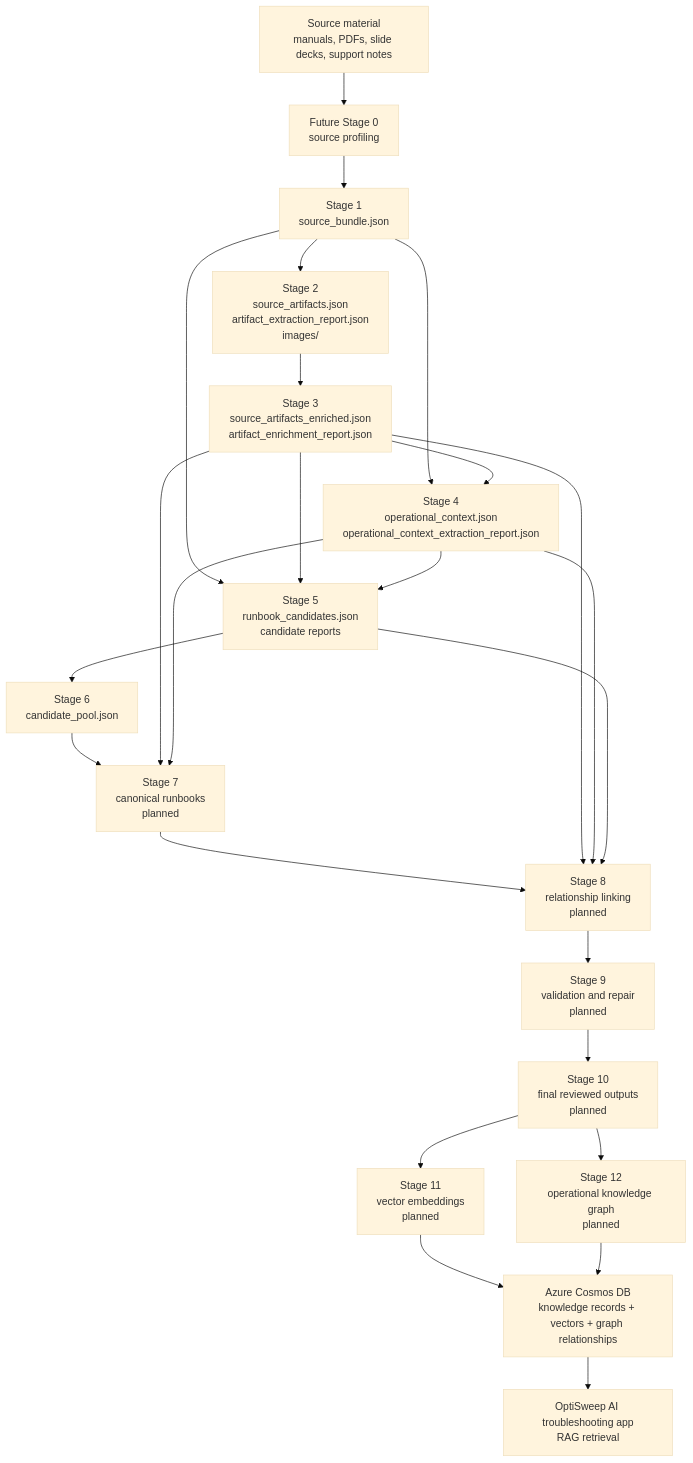
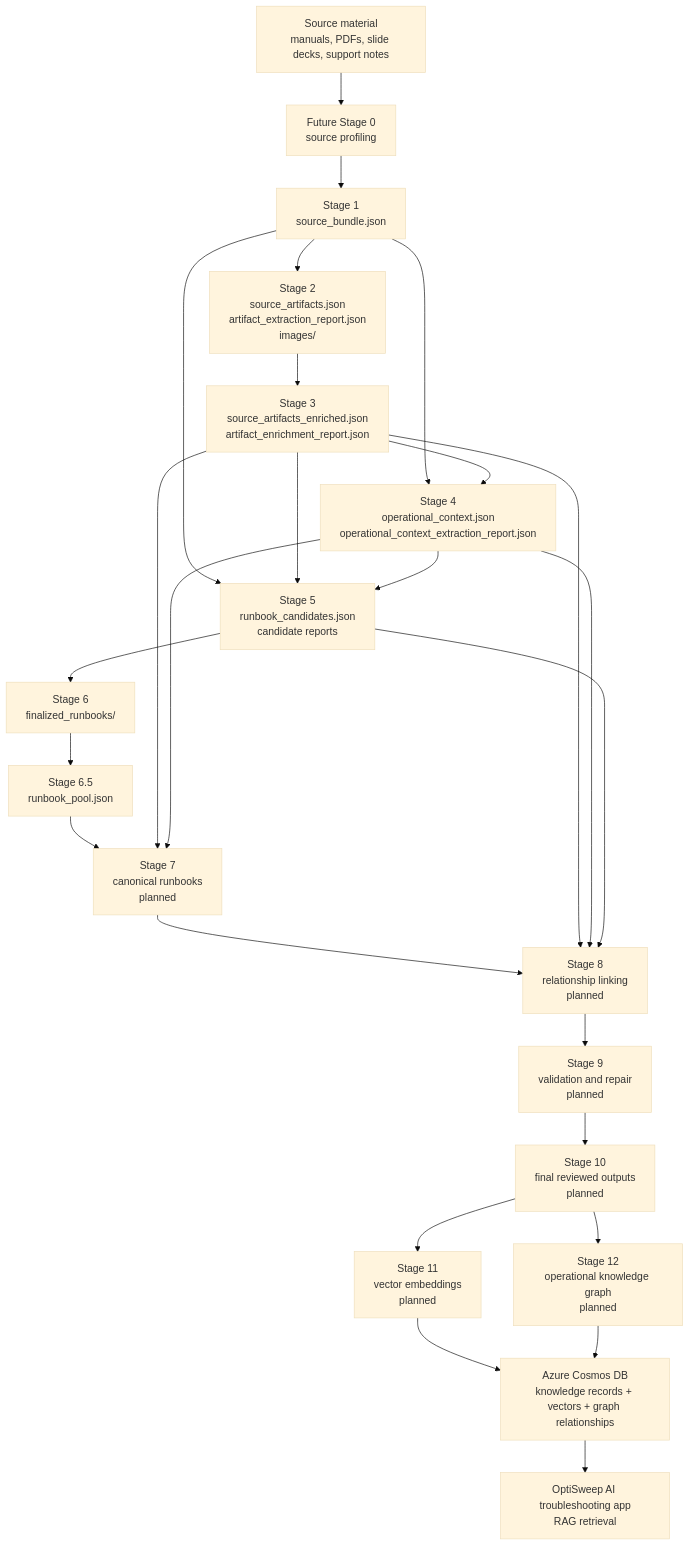
Before and after one commit to caiyawulf21/optisweepAI-ingestion: the diagram in operationalknowledgeingestion/README.md, drawn with Mermaid (base theme). The commit also changed other lines of this file and 1645 other files, not shown here.

First line of the commit message:
Stage 5/6 update: runbook candidate extraction and finalization.

````diff
--- a/operationalknowledgeingestion/README.md
+++ b/operationalknowledgeingestion/README.md
@@ -48,27 +49,28 @@
 ```mermaid
 flowchart TD
     A["Source material<br/>manuals, PDFs, slide decks, support notes"] --> B["Future Stage 0<br/>source profiling"]
     B --> C["Stage 1<br/>source_bundle.json"]
     C --> D["Stage 2<br/>source_artifacts.json<br/>artifact_extraction_report.json<br/>images/"]
     D --> E["Stage 3<br/>source_artifacts_enriched.json<br/>artifact_enrichment_report.json"]
     C --> F["Stage 4<br/>operational_context.json<br/>operational_context_extraction_report.json"]
     E --> F
     C --> G["Stage 5<br/>runbook_candidates.json<br/>candidate reports"]
     E --> G
     F --> G
-    G --> H["Stage 6<br/>candidate_pool.json"]
-    H --> I["Stage 7<br/>canonical runbooks<br/>planned"]
-    E --> I
-    F --> I
-    I --> J["Stage 8<br/>relationship linking<br/>planned"]
+    G --> H["Stage 6<br/>finalized_runbooks/"]
+    H --> I["Stage 6.5<br/>runbook_pool.json"]
+    I --> J["Stage 7<br/>canonical runbooks<br/>planned"]
     E --> J
     F --> J
-    G --> J
-    J --> K["Stage 9<br/>validation and repair<br/>planned"]
-    K --> L["Stage 10<br/>final reviewed outputs<br/>planned"]
-    L --> M["Stage 11<br/>vector embeddings<br/>planned"]
-    L --> N["Stage 12<br/>operational knowledge graph<br/>planned"]
-    M --> O["Azure Cosmos DB<br/>knowledge records + vectors + graph relationships"]
-    N --> O
-    O --> P["OptiSweep AI troubleshooting app<br/>RAG retrieval"]
+    J --> K["Stage 8<br/>relationship linking<br/>planned"]
+    E --> K
+    F --> K
+    G --> K
+    K --> L["Stage 9<br/>validation and repair<br/>planned"]
+    L --> M["Stage 10<br/>final reviewed outputs<br/>planned"]
+    M --> N["Stage 11<br/>vector embeddings<br/>planned"]
+    M --> O["Stage 12<br/>operational knowledge graph<br/>planned"]
+    N --> P["Azure Cosmos DB<br/>knowledge records + vectors + graph relationships"]
+    O --> P
+    P --> Q["OptiSweep AI troubleshooting app<br/>RAG retrieval"]
 ```
````
